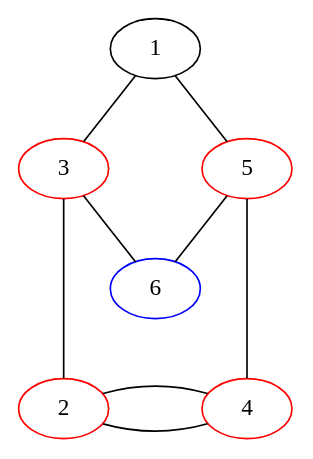
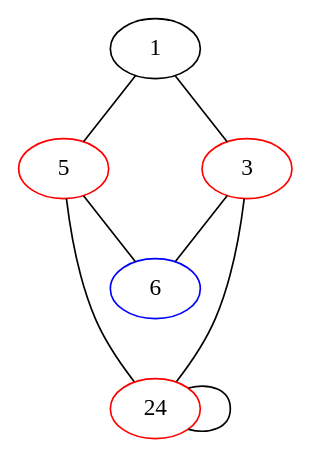
The diagram in sprouts/start_2_nodes_reduced/11321.dot (bilboquet/gamelib), drawn with Graphviz before and after one commit. The commit also changed 15 other files, not shown here.

```diff
--- a/sprouts/start_2_nodes_reduced/11321.dot
+++ b/sprouts/start_2_nodes_reduced/11321.dot
@@ -1,32 +1,22 @@
 graph {
   1 -- 5;
   3 -- 1;
-  3 -- 2[weight=3];
-  5 -- 4[weight=3];
+  3 -- 24 [weight=3];
+  5 -- 24 [weight=3];
   3 -- 6;
   5 -- 6;
-  2 -- 4[minlen=2];
-  2 -- 4;
-
+  24 -- 24;
   {
     rank="same";
     3;
     5;
-
   }
-
-
   {
     rank="sink";
-    2;
-    4;
-
+    24;
   }
-
-  2 [color="red"];
+  24 [color="red"];
   3 [color="red"];
-  4 [color="red"];
   5 [color="red"];
   6 [color="blue"];
-
 }
```
